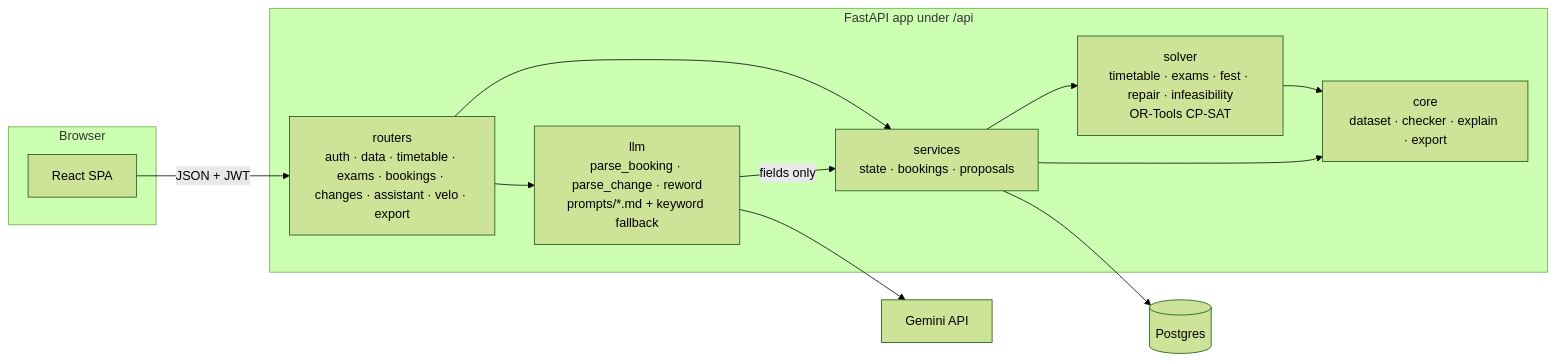
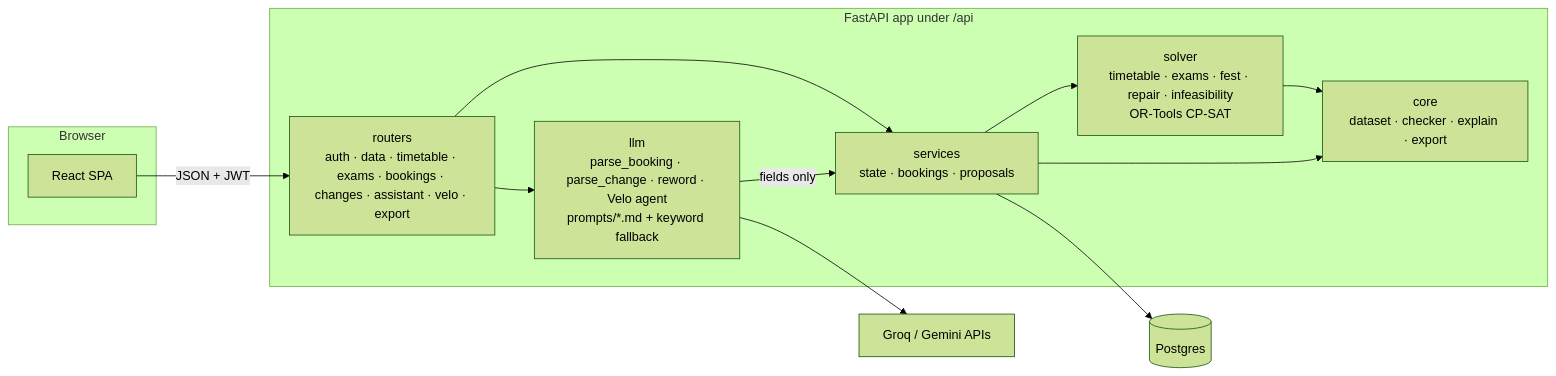
One commit to me-adityaraj8/crunchweek-cit-scheduler changed the diagram in README.md. Above: the diagram before and after it, drawn with Mermaid (forest theme). The commit also changed other lines of this file and 7 other files, not shown here.

````diff
--- a/README.md
+++ b/README.md
@@ -41,21 +41,21 @@
 ```mermaid
 flowchart LR
   subgraph Browser
     UI[React SPA]
   end
   subgraph Backend[FastAPI app under /api]
     API[routers<br/>auth · data · timetable · exams · bookings · changes · assistant · velo · export]
     SVC[services<br/>state · bookings · proposals]
     CORE[core<br/>dataset · checker · explain · export]
     SOLV[solver<br/>timetable · exams · fest · repair · infeasibility<br/>OR-Tools CP-SAT]
-    LLM[llm<br/>parse_booking · parse_change · reword<br/>prompts/*.md + keyword fallback]
+    LLM[llm<br/>parse_booking · parse_change · reword · Velo agent<br/>prompts/*.md + keyword fallback]
   end
   DB[(Postgres)]
-  GEM[Gemini API]
+  GEM[Groq / Gemini APIs]
   UI -- JSON + JWT --> API --> SVC
   SVC --> SOLV --> CORE
   SVC --> CORE
   API --> LLM -- fields only --> SVC
   LLM --> GEM
   SVC --> DB
 ```
````
